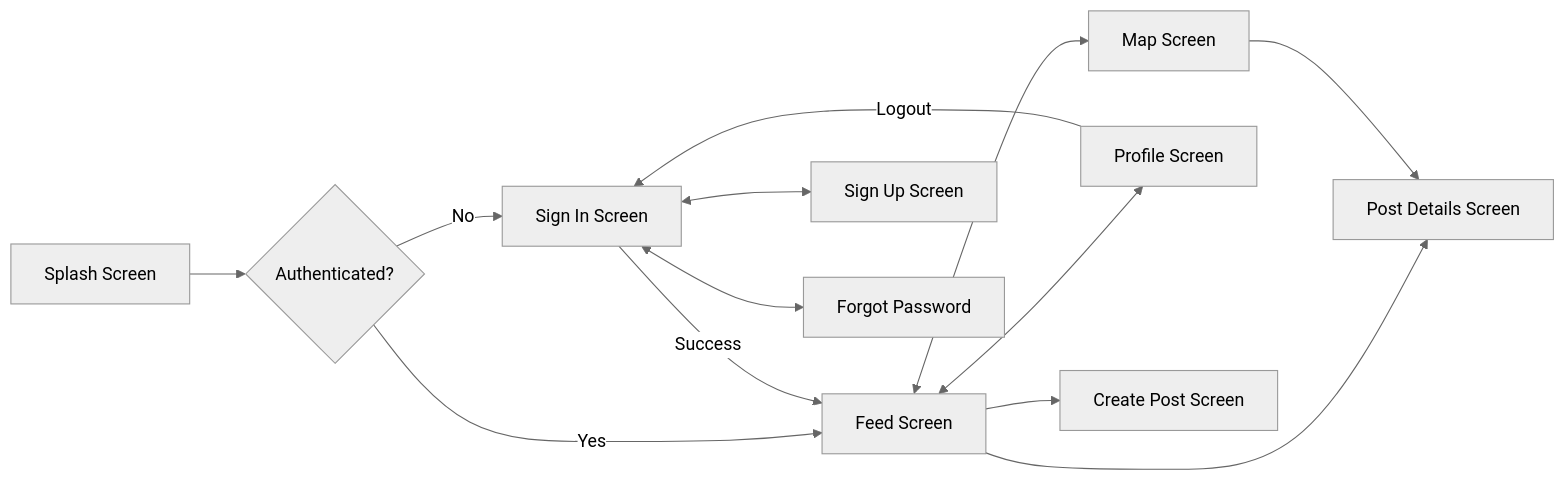
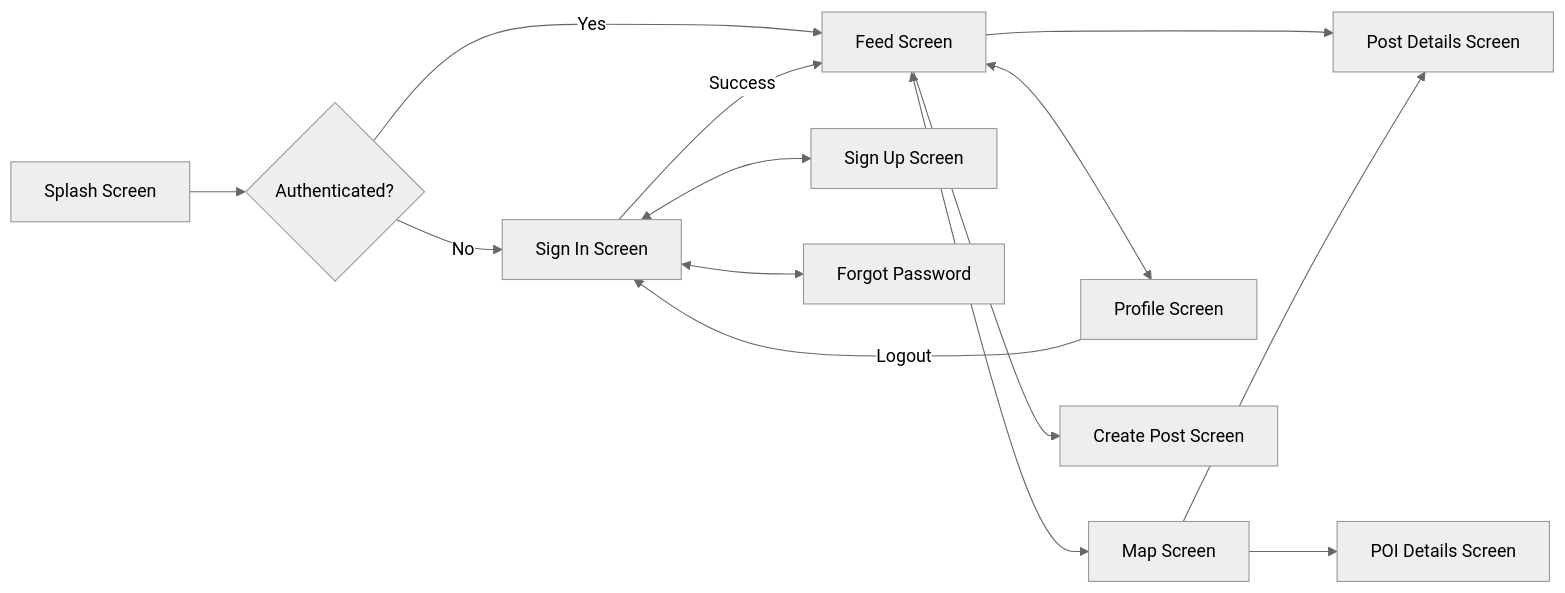
Before and after one commit to PaulLeung93/Echo: the second of 2 diagrams in architecture.md, drawn with Mermaid (neutral theme). The commit also changed other lines of this file and 16 other files, not shown here.

````diff
--- a/architecture.md
+++ b/architecture.md
@@ -55,18 +55,19 @@
 ```mermaid
 graph LR
     Splash[Splash Screen] --> Auth{Authenticated?}
     Auth -- No --> SignIn[Sign In Screen]
     Auth -- Yes --> Feed[Feed Screen]
     
     SignIn <--> SignUp[Sign Up Screen]
     SignIn <--> Forgot[Forgot Password]
     SignIn -- Success --> Feed
     
     Feed <--> Map[Map Screen]
     Feed <--> Profile[Profile Screen]
     Feed --> CreatePost[Create Post Screen]
     Feed --> PostDetails[Post Details Screen]
     
     Map --> PostDetails
+    Map --> PoiDetails[POI Details Screen]
     Profile -- Logout --> SignIn
 ```
````
